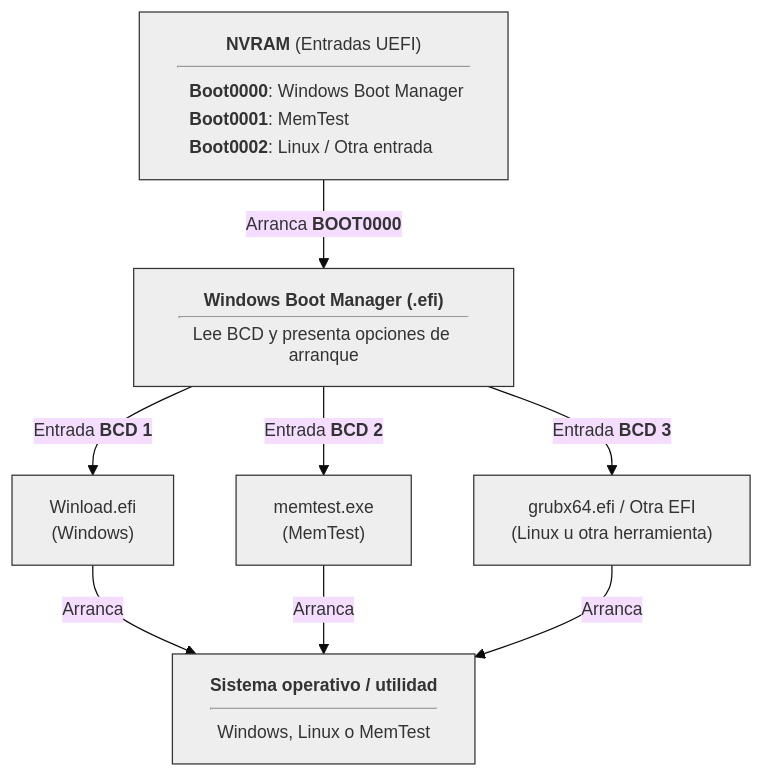
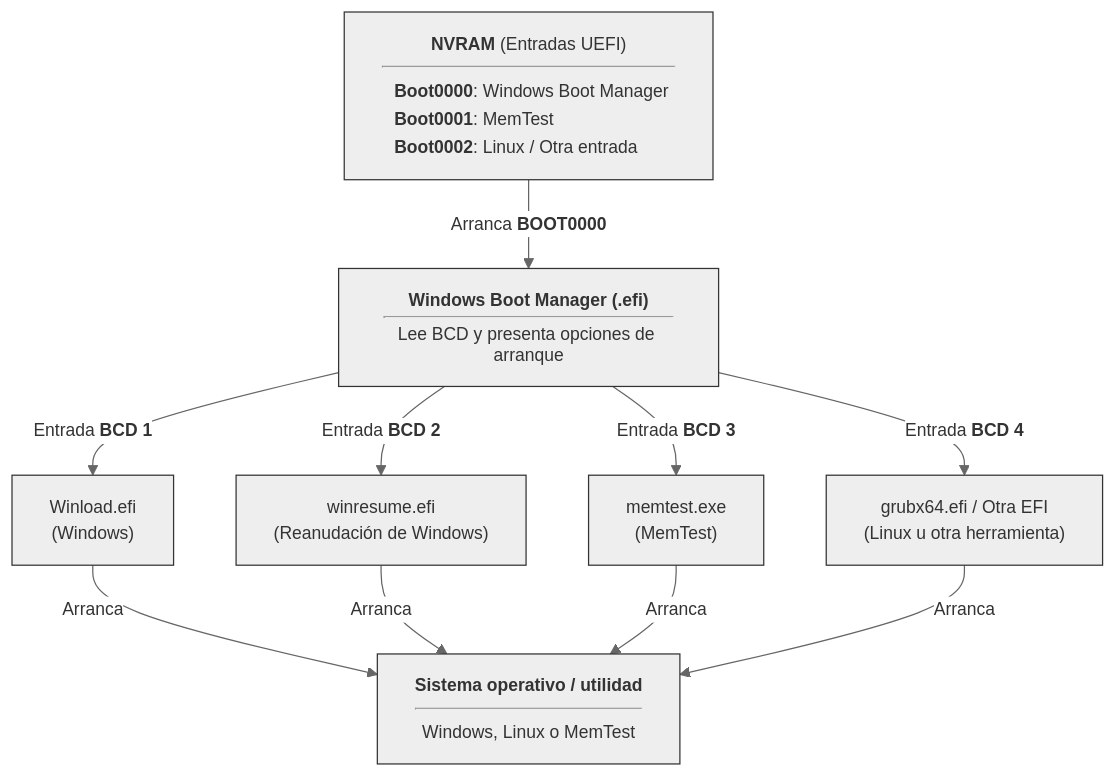
Before and after one commit to ivangarciaalcaide/techdocs: the second of 2 diagrams in docs/entendiendo_uefi/03-gestion_nvram.md, drawn with Mermaid. The commit also changed other lines of this file and 4 other files, not shown here.

````diff
--- a/docs/entendiendo_uefi/03-gestion_nvram.md
+++ b/docs/entendiendo_uefi/03-gestion_nvram.md
@@ -114,31 +124,35 @@
 ```mermaid
-%%{init: {'theme': 'base', 'themeVariables': { 'fontSize': '14px', 'fontFamily': 'Inter'}}}%%
+%%{init: {'theme': 'base', 'themeVariables': {'primaryColor': '#ffffff', 'lineColor': '#666', 'fontSize': '14px', 'fontFamily': 'Inter'}}}%%
+
 graph TD
     %% Nodo NVRAM
     NVRAM["<b>NVRAM</b> (Entradas UEFI)<hr><div style='text-align: left; padding-left: 10px; line-height: 1.6; width:225px'><b>Boot0000</b>: Windows Boot Manager<br><b>Boot0001</b>: MemTest<br><b>Boot0002</b>: Linux / Otra entrada</div>"]
 
     %% Nodo Boot Manager
     BOOT["""<div style='width:240px; text-align:center; line-height:1.2; margin:0; padding:2px;'><b>Windows Boot Manager (.efi)</b><hr style='margin:4px'>Lee BCD y presenta opciones de arranque</div>"""]
 
     %% Opciones del BCD como nodos paralelos
     OPCION1["Winload.efi<br>(Windows)"]
-    OPCION2["memtest.exe<br>(MemTest)"]
-    OPCION3["grubx64.efi / Otra EFI<br>(Linux u otra herramienta)"]
+    OPCION2["winresume.efi<br>(Reanudación de Windows)"]
+    OPCION3["memtest.exe<br>(MemTest)"]
+    OPCION4["grubx64.efi / Otra EFI<br>(Linux u otra herramienta)"]
 
     %% Convergencia final
     OS["<b>Sistema operativo / utilidad</b><hr>Windows, Linux o MemTest"]
 
     %% Conexiones con texto
     NVRAM -->|Arranca <b>BOOT0000</b>| BOOT
     BOOT -->|Entrada <b>BCD 1</b>| OPCION1
     BOOT -->|Entrada <b>BCD 2</b>| OPCION2
     BOOT -->|Entrada <b>BCD 3</b>| OPCION3
+    BOOT -->|Entrada <b>BCD 4</b>| OPCION4
 
     OPCION1 -->|Arranca|OS
     OPCION2 -->|Arranca|OS
     OPCION3 -->|Arranca|OS
+    OPCION4 -->|Arranca|OS
 
     %% Estilo minimalista y monocromo
     classDef default fill:#eeeeee,stroke:#333,stroke-width:1px; font-size: 10px
 
 ```
````
